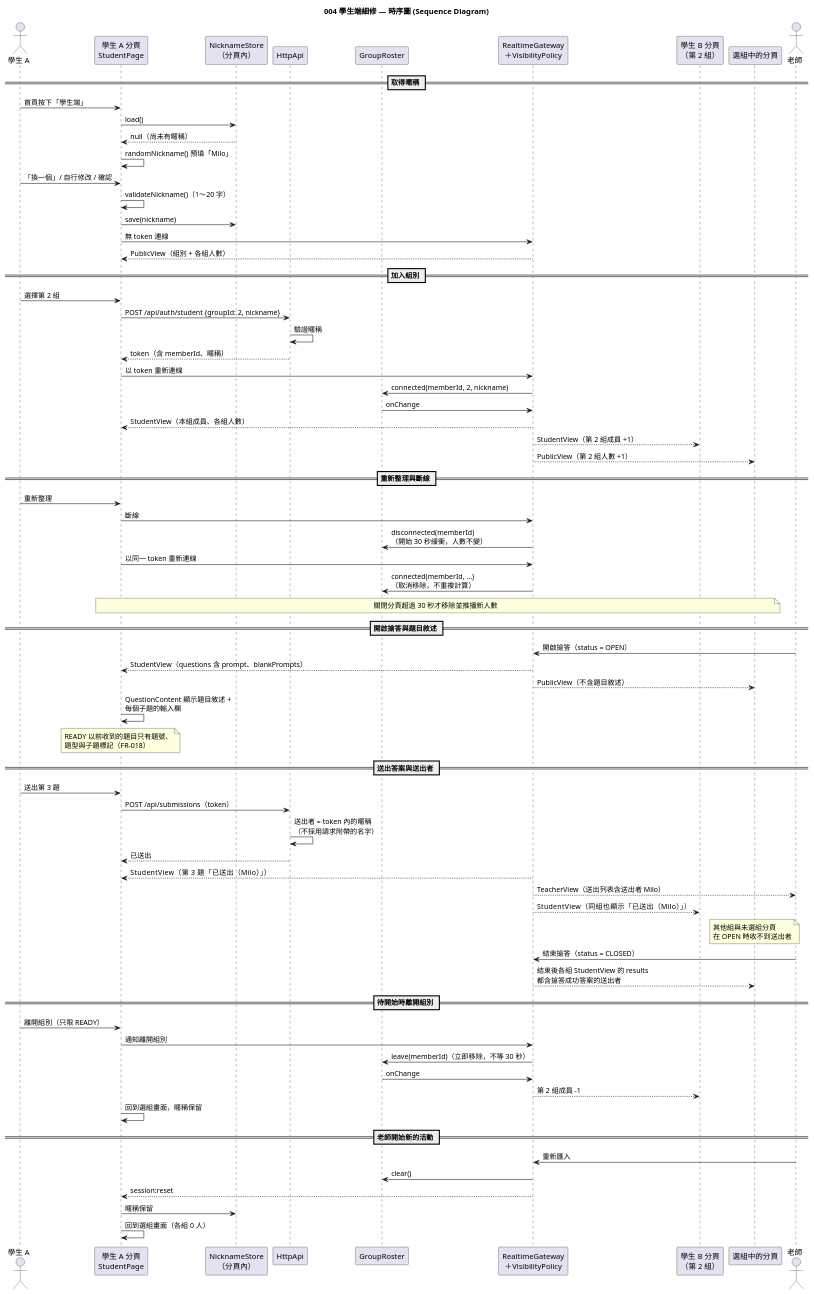
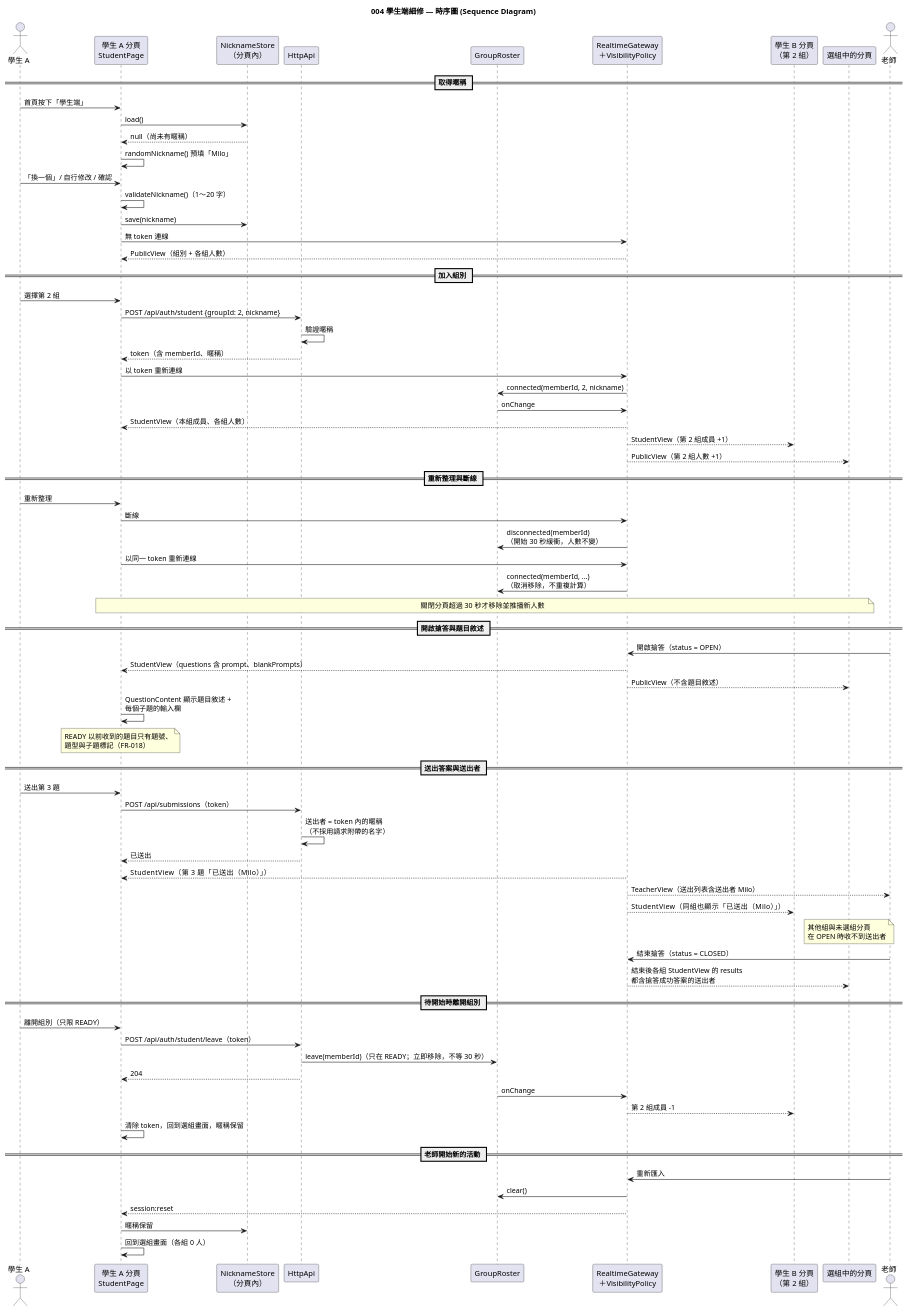
Before and after one commit to kevin20694569/classroom_response_system: the diagram in diagrams/004-student-side-refinements-sequence.puml, drawn with PlantUML. The commit also changed 13 other files, not shown here.

```diff
--- a/diagrams/004-student-side-refinements-sequence.puml
+++ b/diagrams/004-student-side-refinements-sequence.puml
@@ -1,80 +1,81 @@
 @startuml 004-student-side-refinements-sequence
 ' 子功能 004：學生端細修 — 時序圖
 skinparam defaultFontName "PingFang TC"
 title 004 學生端細修 — 時序圖 (Sequence Diagram)
 
 actor "學生 A" as A
 participant "學生 A 分頁\nStudentPage" as PageA
 participant "NicknameStore\n（分頁內）" as Store
 participant "HttpApi" as Http
 participant "GroupRoster" as Roster
 participant "RealtimeGateway\n＋VisibilityPolicy" as RT
 participant "學生 B 分頁\n（第 2 組）" as PageB
 participant "選組中的分頁" as PageC
 actor "老師" as T
 
 == 取得暱稱 ==
 A -> PageA : 首頁按下「學生端」
 PageA -> Store : load()
 Store --> PageA : null（尚未有暱稱）
 PageA -> PageA : randomNickname() 預填「Milo」
 A -> PageA : 「換一個」/ 自行修改 / 確認
 PageA -> PageA : validateNickname()（1～20 字）
 PageA -> Store : save(nickname)
 PageA -> RT : 無 token 連線
 RT --> PageA : PublicView（組別 + 各組人數）
 
 == 加入組別 ==
 A -> PageA : 選擇第 2 組
 PageA -> Http : POST /api/auth/student {groupId: 2, nickname}
 Http -> Http : 驗證暱稱
 Http --> PageA : token（含 memberId、暱稱）
 PageA -> RT : 以 token 重新連線
 RT -> Roster : connected(memberId, 2, nickname)
 Roster -> RT : onChange
 RT --> PageA : StudentView（本組成員、各組人數）
 RT --> PageB : StudentView（第 2 組成員 +1）
 RT --> PageC : PublicView（第 2 組人數 +1）
 
 == 重新整理與斷線 ==
 A -> PageA : 重新整理
 PageA -> RT : 斷線
 RT -> Roster : disconnected(memberId)\n（開始 30 秒緩衝，人數不變）
 PageA -> RT : 以同一 token 重新連線
 RT -> Roster : connected(memberId, ...)\n（取消移除，不重複計算）
 note over PageA, PageC : 關閉分頁超過 30 秒才移除並推播新人數
 
 == 開啟搶答與題目敘述 ==
 T -> RT : 開啟搶答（status = OPEN）
 RT --> PageA : StudentView（questions 含 prompt、blankPrompts）
 RT --> PageC : PublicView（不含題目敘述）
 PageA -> PageA : QuestionContent 顯示題目敘述 +\n每個子題的輸入欄
 note over PageA : READY 以前收到的題目只有題號、\n題型與子題標記（FR-018）
 
 == 送出答案與送出者 ==
 A -> PageA : 送出第 3 題
 PageA -> Http : POST /api/submissions（token）
 Http -> Http : 送出者 = token 內的暱稱\n（不採用請求附帶的名字）
 Http --> PageA : 已送出
 RT --> PageA : StudentView（第 3 題「已送出（Milo）」）
 RT --> T : TeacherView（送出列表含送出者 Milo）
 RT --> PageB : StudentView（同組也顯示「已送出（Milo）」）
 note over PageC : 其他組與未選組分頁\n在 OPEN 時收不到送出者
 T -> RT : 結束搶答（status = CLOSED）
 RT --> PageC : 結束後各組 StudentView 的 results\n都含搶答成功答案的送出者
 
 == 待開始時離開組別 ==
 A -> PageA : 離開組別（只限 READY）
-PageA -> RT : 通知離開組別
-RT -> Roster : leave(memberId)（立即移除，不等 30 秒）
+PageA -> Http : POST /api/auth/student/leave（token）
+Http -> Roster : leave(memberId)（只在 READY；立即移除，不等 30 秒）
+Http --> PageA : 204
 Roster -> RT : onChange
 RT --> PageB : 第 2 組成員 -1
-PageA -> PageA : 回到選組畫面，暱稱保留
+PageA -> PageA : 清除 token，回到選組畫面，暱稱保留
 
 == 老師開始新的活動 ==
 T -> RT : 重新匯入
 RT -> Roster : clear()
 RT --> PageA : session:reset
 PageA -> Store : 暱稱保留
 PageA -> PageA : 回到選組畫面（各組 0 人）
 @enduml
```
